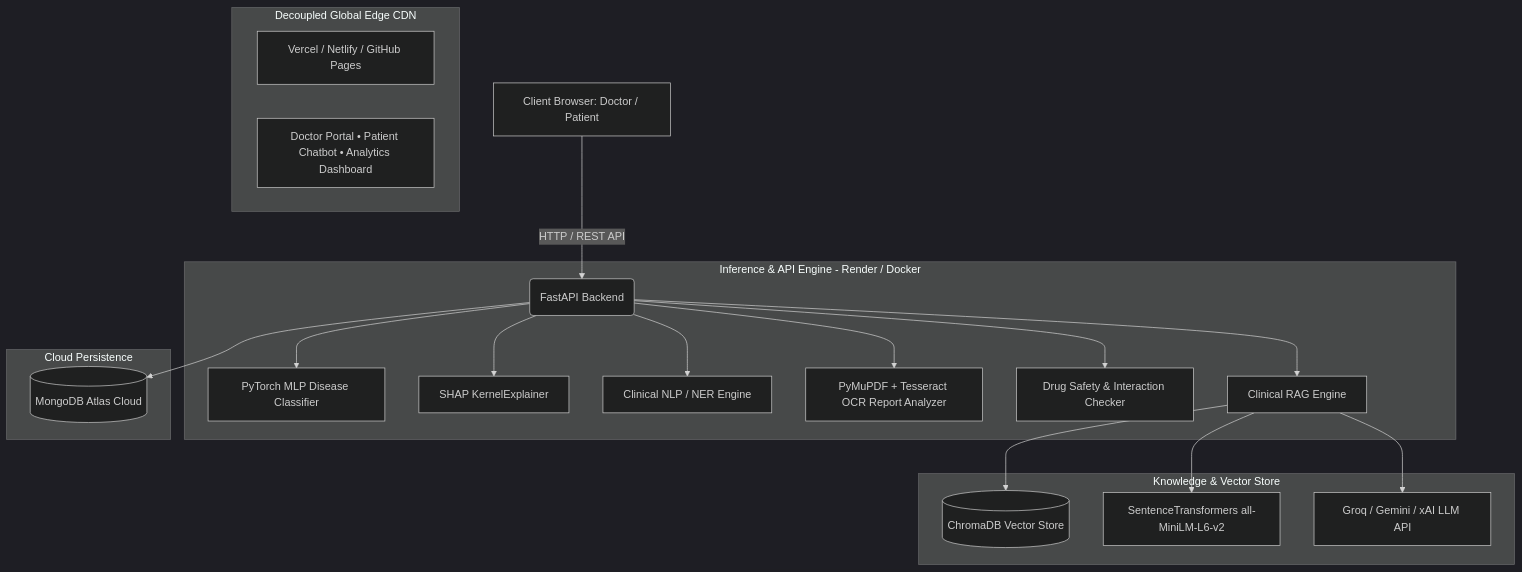
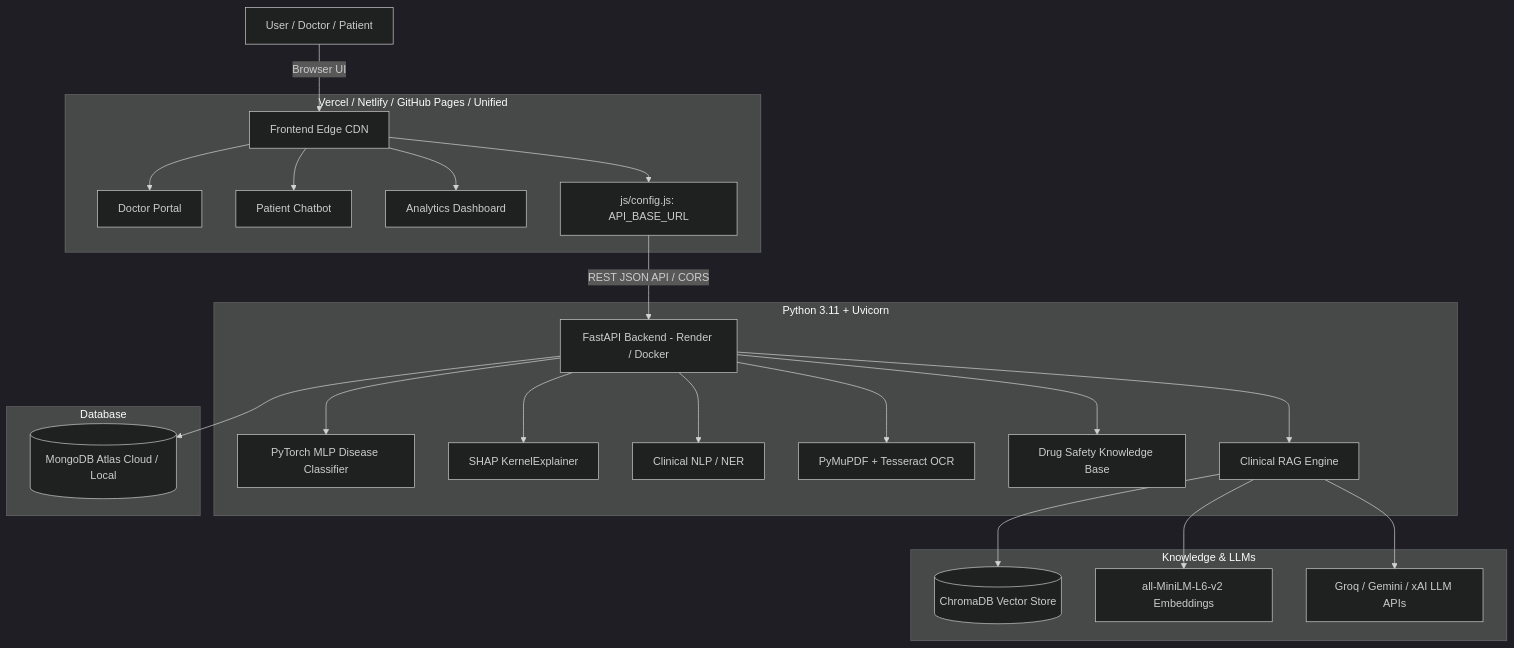
One commit to daxgandhi/MediRAG-XAI changed the diagram in README.md. Above: the diagram before and after it, drawn with Mermaid (dark theme). The commit also changed other lines of this file and 14 other files, not shown here.

Commit message:
Add centralized config.js, configurable CORS, safe env templates, and production readiness updates

````diff
--- a/README.md
+++ b/README.md
@@ -31,28 +31,32 @@
 ```mermaid
 graph TD
-    A[Client Browser: Doctor / Patient] -->|HTTP / REST API| B(FastAPI Backend)
+    User[User / Doctor / Patient] -->|Browser UI| Frontend[Frontend Edge CDN]
     
-    subgraph Frontend [Decoupled Global Edge CDN]
-        Vercel[Vercel / Netlify / GitHub Pages]
-        Static[Doctor Portal • Patient Chatbot • Analytics Dashboard]
+    subgraph Frontend Hosting [Vercel / Netlify / GitHub Pages / Unified]
+        Frontend --> UI_Doctor[Doctor Portal]
+        Frontend --> UI_Patient[Patient Chatbot]
+        Frontend --> UI_Analytics[Analytics Dashboard]
+        Frontend --> Config[js/config.js: API_BASE_URL]
     end
 
-    subgraph Backend [Inference & API Engine - Render / Docker]
-        B --> C[PyTorch MLP Disease Classifier]
-        B --> D[SHAP KernelExplainer]
-        B --> E[Clinical NLP / NER Engine]
-        B --> F[PyMuPDF + Tesseract OCR Report Analyzer]
-        B --> G[Drug Safety & Interaction Checker]
-        B --> H[Clinical RAG Engine]
+    Config -->|REST JSON API / CORS| Backend[FastAPI Backend - Render / Docker]
+
+    subgraph Backend Engine [Python 3.11 + Uvicorn]
+        Backend --> Classifier[PyTorch MLP Disease Classifier]
+        Backend --> SHAP[SHAP KernelExplainer]
+        Backend --> NER[Clinical NLP / NER]
+        Backend --> OCR[PyMuPDF + Tesseract OCR]
+        Backend --> DrugKB[Drug Safety Knowledge Base]
+        Backend --> RAG[Clinical RAG Engine]
     end
 
-    subgraph Knowledge & Vector Store
-        H --> I[(ChromaDB Vector Store)]
-        H --> J[SentenceTransformers all-MiniLM-L6-v2]
-        H --> K[Groq / Gemini / xAI LLM API]
+    subgraph Knowledge & LLMs
+        RAG --> Chroma[(ChromaDB Vector Store)]
+        RAG --> Embeddings[all-MiniLM-L6-v2 Embeddings]
+        RAG --> LLM[Groq / Gemini / xAI LLM APIs]
     end
 
-    subgraph Cloud Persistence
-        B --> L[(MongoDB Atlas Cloud)]
+    subgraph Database
+        Backend --> MongoDB[(MongoDB Atlas Cloud / Local)]
     end
 ```
````
